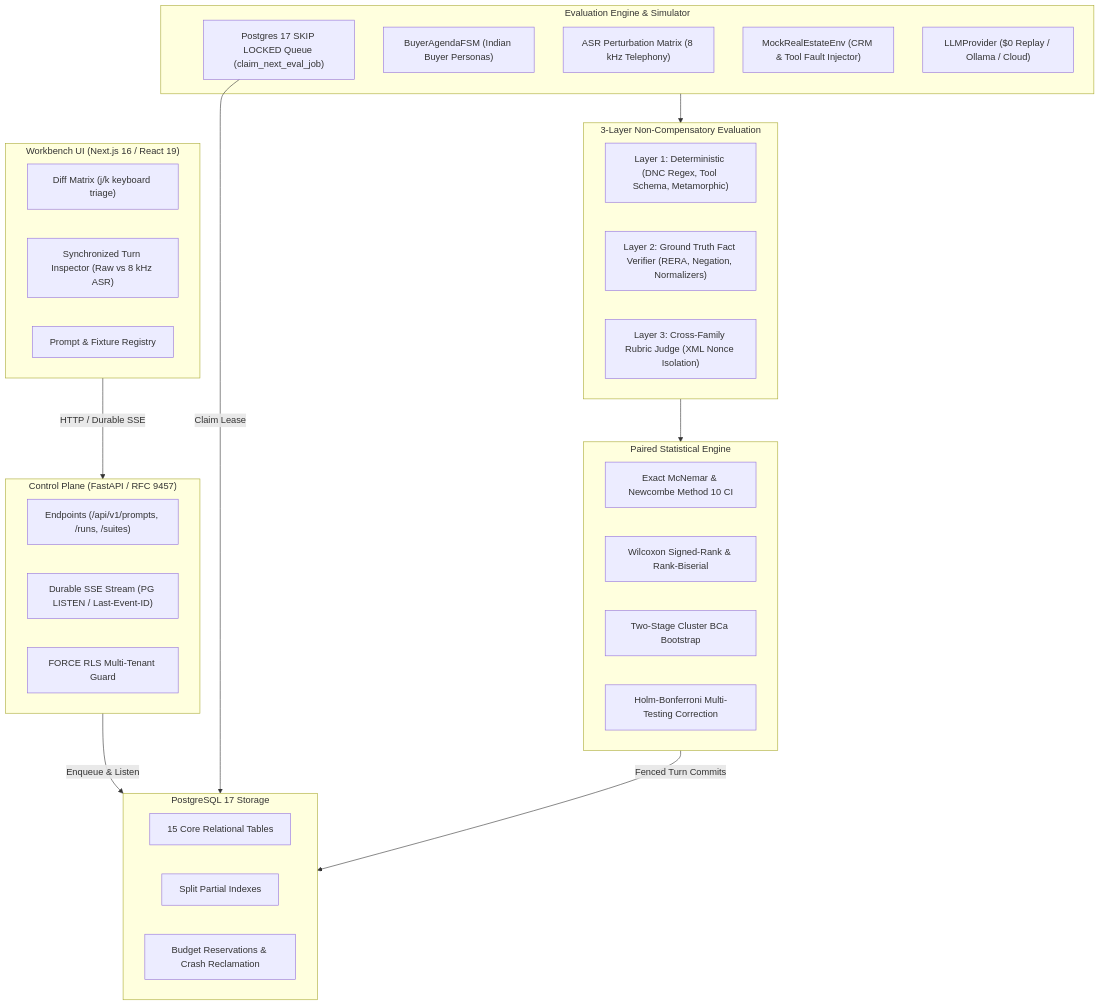
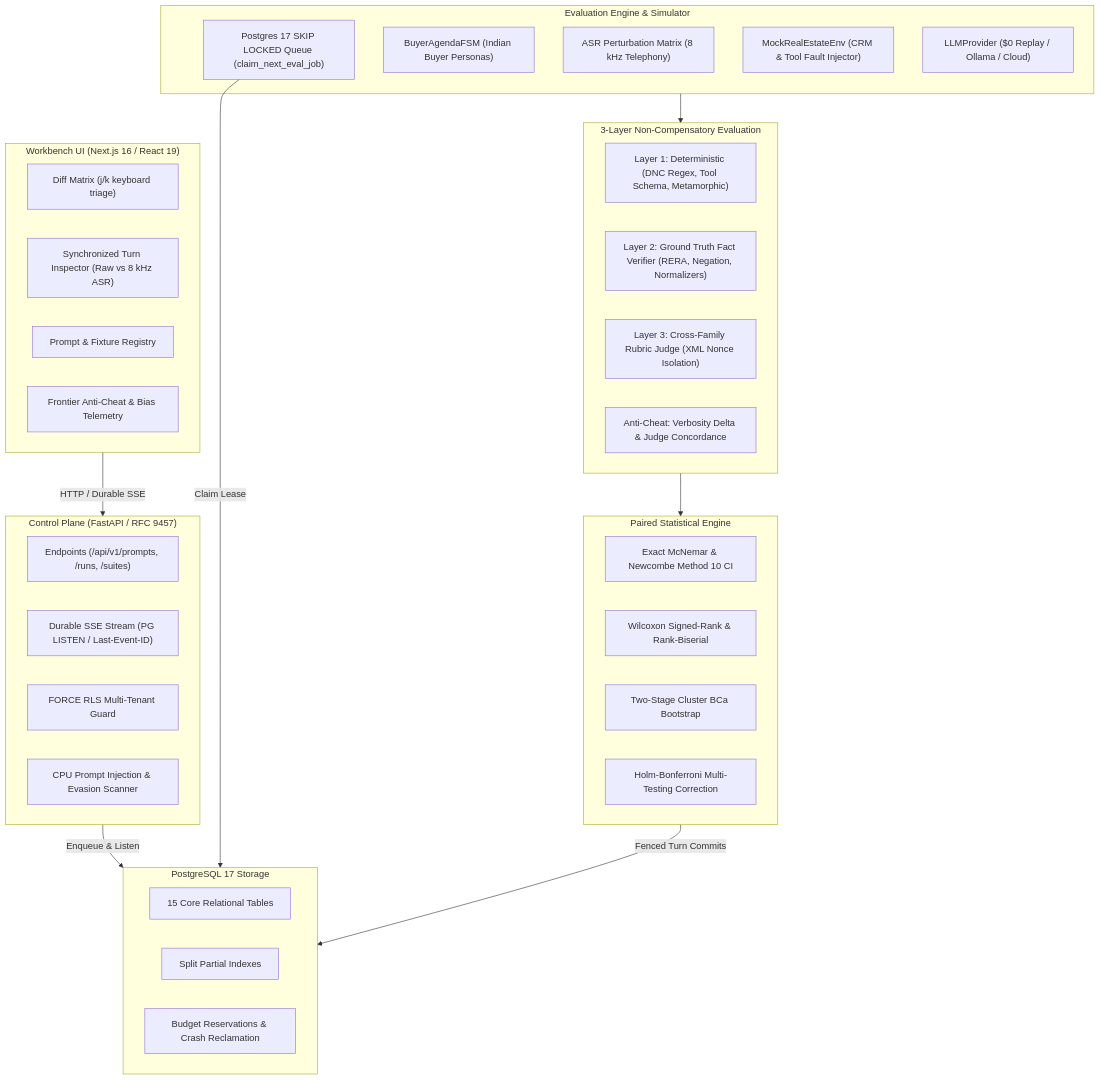
The diagram in README.md (saahilpal/propeval), drawn with Mermaid before and after one commit. The commit also changed other lines of this file and 41 other files, not shown here.

Commit message:
feat(anti-cheat): v0.2.0 - implement frontier anti-cheat telemetry, api edge cases, and claude-grade workbench ui

````diff
--- a/README.md
+++ b/README.md
@@ -26,48 +27,51 @@
 ```mermaid
 flowchart TD
     subgraph UI ["Workbench UI (Next.js 16 / React 19)"]
         DIFF["Diff Matrix (j/k keyboard triage)"]
         INSP["Synchronized Turn Inspector (Raw vs 8 kHz ASR)"]
         REG["Prompt & Fixture Registry"]
+        CHEAT_UI["Frontier Anti-Cheat & Bias Telemetry"]
     end
 
     subgraph API ["Control Plane (FastAPI / RFC 9457)"]
         EP["Endpoints (/api/v1/prompts, /runs, /suites)"]
         SSE["Durable SSE Stream (PG LISTEN / Last-Event-ID)"]
         RLS_DEP["FORCE RLS Multi-Tenant Guard"]
+        INJ_GUARD["CPU Prompt Injection & Evasion Scanner"]
     end
 
     subgraph WORKER ["Evaluation Engine & Simulator"]
         Q["Postgres 17 SKIP LOCKED Queue (claim_next_eval_job)"]
         FSM["BuyerAgendaFSM (Indian Buyer Personas)"]
         PERT["ASR Perturbation Matrix (8 kHz Telephony)"]
         MOCK_ENV["MockRealEstateEnv (CRM & Tool Fault Injector)"]
         PROV["LLMProvider ($0 Replay / Ollama / Cloud)"]
     end
 
     subgraph EVAL ["3-Layer Non-Compensatory Evaluation"]
         L1["Layer 1: Deterministic (DNC Regex, Tool Schema, Metamorphic)"]
         L2["Layer 2: Ground Truth Fact Verifier (RERA, Negation, Normalizers)"]
         L3["Layer 3: Cross-Family Rubric Judge (XML Nonce Isolation)"]
+        AC["Anti-Cheat: Verbosity Delta & Judge Concordance"]
     end
 
     subgraph STATS ["Paired Statistical Engine"]
         MCN["Exact McNemar & Newcombe Method 10 CI"]
         WILC["Wilcoxon Signed-Rank & Rank-Biserial"]
         BOOT["Two-Stage Cluster BCa Bootstrap"]
         HOLM["Holm-Bonferroni Multi-Testing Correction"]
     end
 
     subgraph DB ["PostgreSQL 17 Storage"]
         TABLES["15 Core Relational Tables"]
         SPLIT["Split Partial Indexes"]
         BUDGET["Budget Reservations & Crash Reclamation"]
     end
 
     UI -->|HTTP / Durable SSE| API
     API -->|Enqueue & Listen| DB
     Q -->|Claim Lease| DB
     WORKER --> EVAL
     EVAL --> STATS
     STATS -->|Fenced Turn Commits| DB
 ```
````
